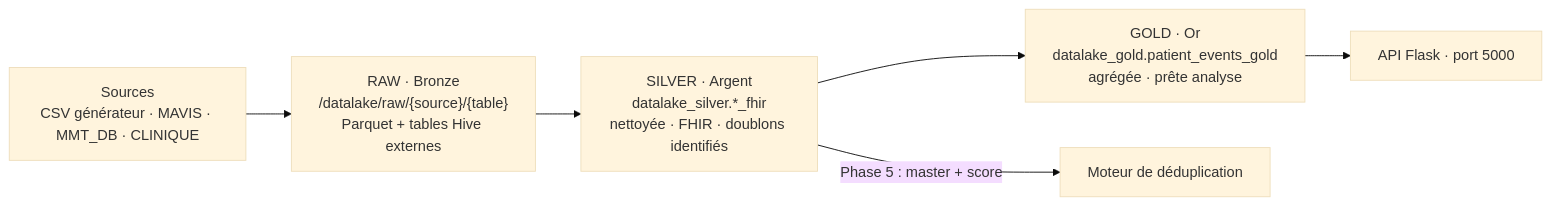
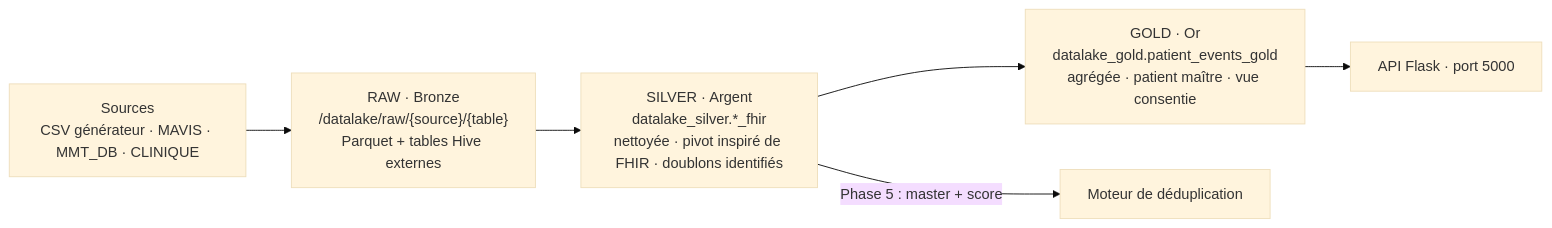
One commit to Alphamanjaka/test-big-data changed the second of 2 diagrams in documents/documentation/architecture.md. Above: the diagram before and after it, drawn with Mermaid (base theme). The commit also changed other lines of this file and 35 other files, not shown here.

````diff
--- a/documents/documentation/architecture.md
+++ b/documents/documentation/architecture.md
@@ -97,8 +97,8 @@
 ```mermaid
 flowchart LR
     S["Sources<br/>CSV générateur · MAVIS · MMT_DB · CLINIQUE"] --> RAW["RAW · Bronze<br/>/datalake/raw/{source}/{table}<br/>Parquet + tables Hive externes"]
-    RAW --> SIL["SILVER · Argent<br/>datalake_silver.*_fhir<br/>nettoyée · FHIR · doublons identifiés"]
-    SIL --> GOLD["GOLD · Or<br/>datalake_gold.patient_events_gold<br/>agrégée · prête analyse"]
+    RAW --> SIL["SILVER · Argent<br/>datalake_silver.*_fhir<br/>nettoyée · pivot inspiré de FHIR · doublons identifiés"]
+    SIL --> GOLD["GOLD · Or<br/>datalake_gold.patient_events_gold<br/>agrégée · patient maître · vue consentie"]
     GOLD --> API2["API Flask · port 5000"]
     SIL -->|"Phase 5 : master + score"| ENG["Moteur de déduplication"]
 ```
````
